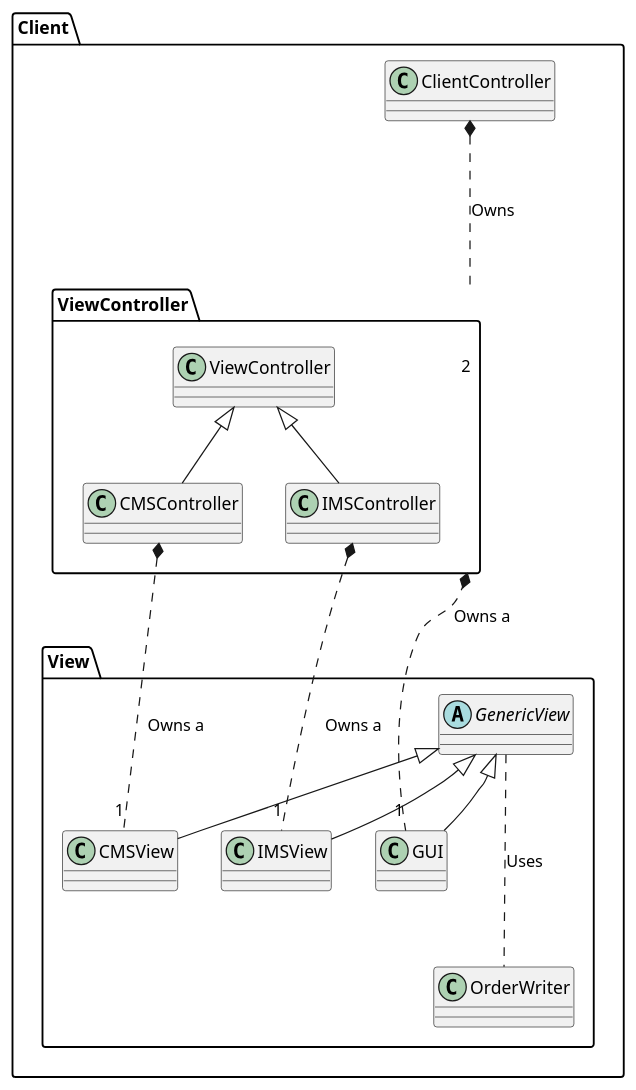
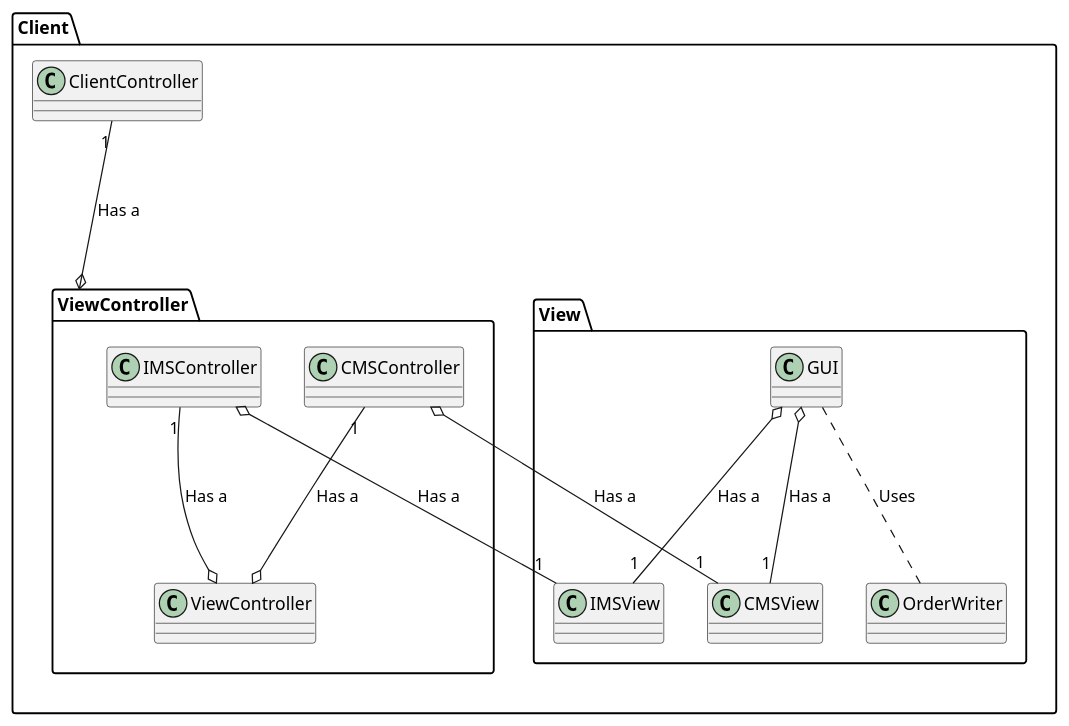
The diagram in UML Models/ClientPackage.md (mklasby/MVC-Distributed-Inventory-Management), drawn with PlantUML before and after one commit. The commit also changed 2 other files, not shown here.

Commit message:
uml progres

```diff
--- a/UML Models/ClientPackage.md
+++ b/UML Models/ClientPackage.md
@@ -1,53 +1,57 @@
 @startuml
 
 package Client{
     package ViewController{
         class ViewController{
 
         }
 
-        class IMSController extends ViewController{
+        class IMSController{
 
         }
 
-        class CMSController extends ViewController{
+        class CMSController{
 
         }
+
+        CMSController "1" ---o  ViewController: Has a
+        IMSController "1" ---o ViewController: Has a
+
     }
 
     class ClientController{
 
     }
 
 
     package View{
-        abstract class GenericView{
+
+
+        class CMSView {
 
         }
 
-        class CMSView extends GenericView{
+        class IMSView {
 
         }
 
-        class IMSView extends GenericView{
-
-        }
-
-        class GUI extends GenericView{
+        class GUI{
 
         }
 
         class OrderWriter{
 
         }
 
-        GenericView ... OrderWriter: Uses
+        GUI ... OrderWriter: Uses
     }
 
-    ClientController *... "2" ViewController: Owns 
-    IMSController *... "1" IMSView: Owns a
-    CMSController *... "1" CMSView: Owns a
-    ViewController *... "1" GUI: Owns a
+    ClientController "1" ---o ViewController: Has a 
+    IMSController o--- "1" IMSView: Has a
+    CMSController o--- "1" CMSView: Has a
+    GUI o--- "1" CMSView: Has a
+    GUI o--- "1" IMSView: Has a
+
 }
 
 @enduml
```
